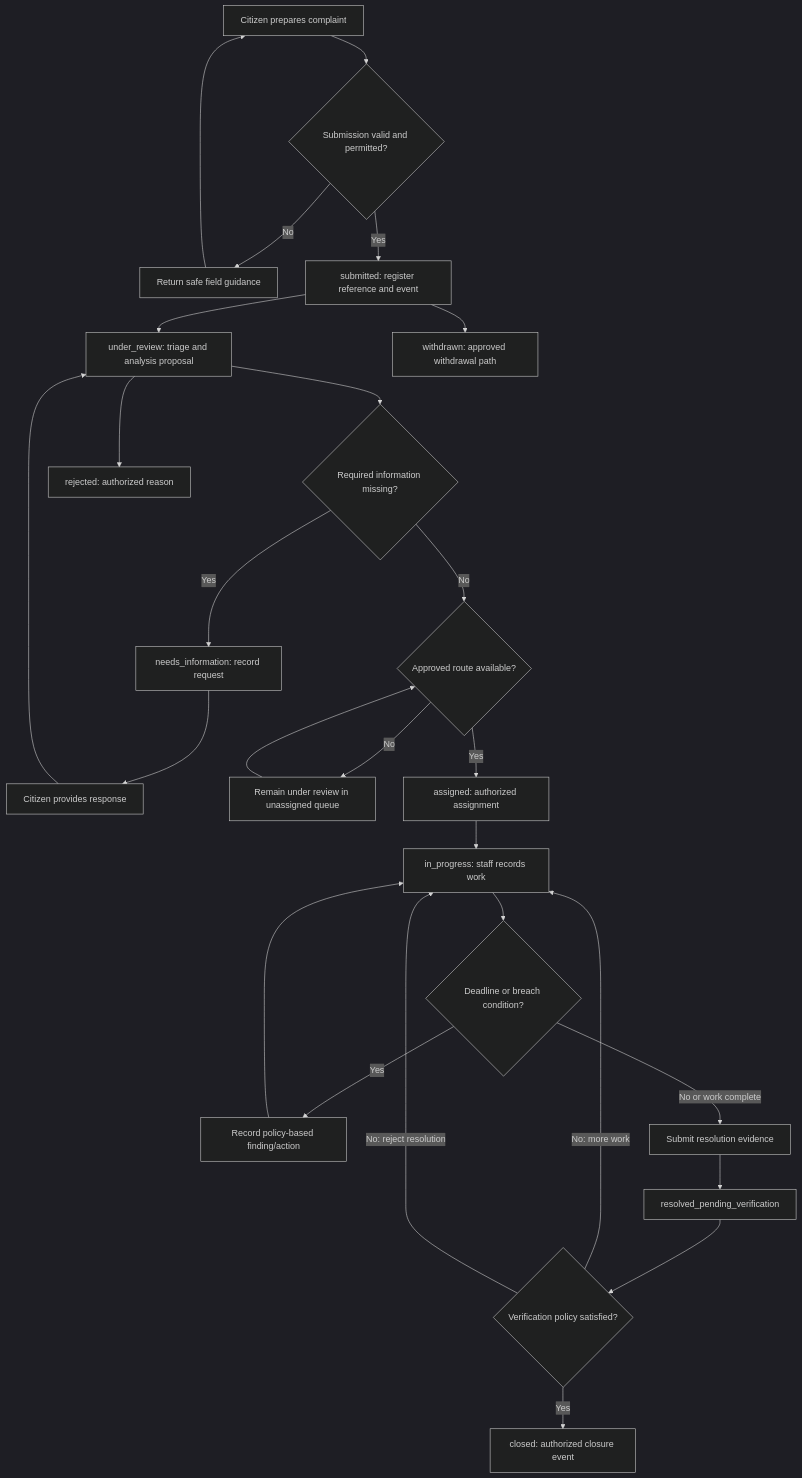
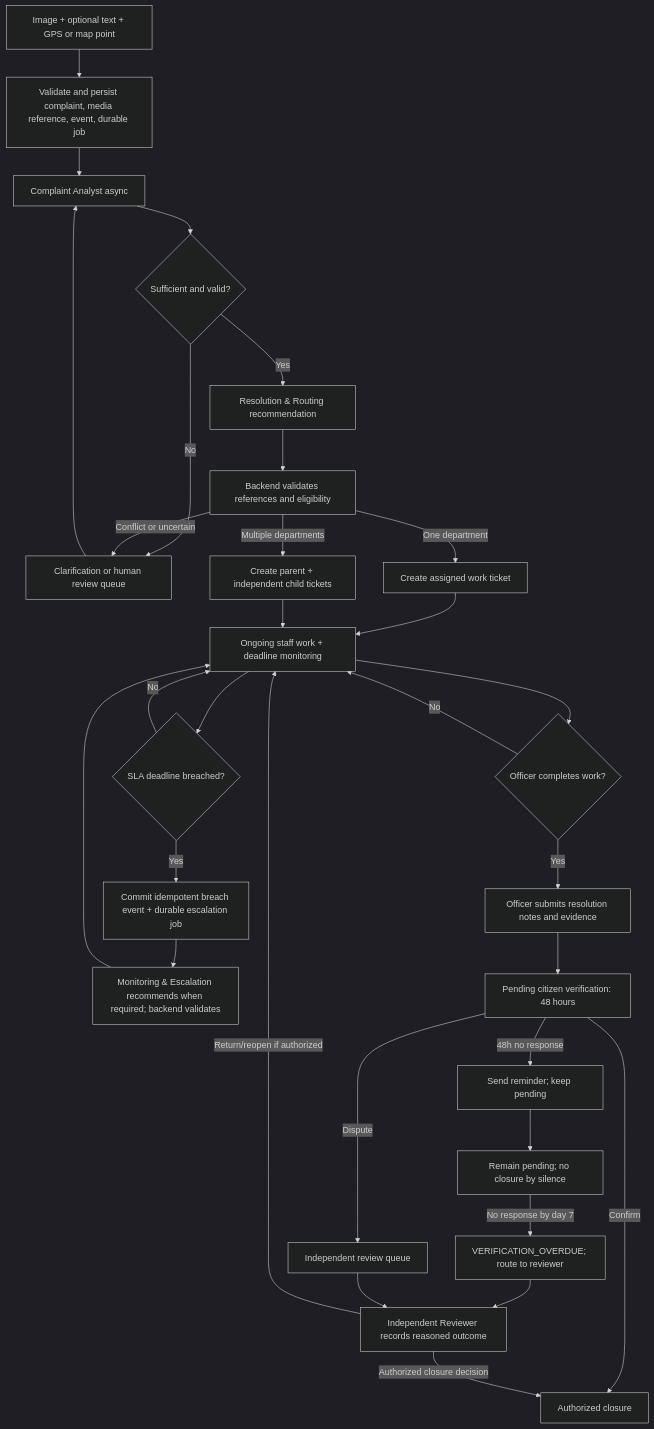
Before and after one commit to rachitkumargupta/SamadhanAi: the diagram in docs/architecture/complaint-lifecycle.md, drawn with Mermaid (dark theme). The commit also changed other lines of this file and 21 other files, not shown here.

````diff
--- a/docs/architecture/complaint-lifecycle.md
+++ b/docs/architecture/complaint-lifecycle.md
@@ -26,28 +30,33 @@
 ```mermaid
 flowchart TD
-    Draft[Citizen prepares complaint] --> Validate{Submission valid and permitted?}
-    Validate -->|No| Correct[Return safe field guidance]
-    Correct --> Draft
-    Validate -->|Yes| Submitted[submitted: register reference and event]
-    Submitted --> Triage[under_review: triage and analysis proposal]
-    Triage --> Info{Required information missing?}
-    Info -->|Yes| Needs[needs_information: record request]
-    Needs --> Response[Citizen provides response]
-    Response --> Triage
-    Info -->|No| Route{Approved route available?}
-    Route -->|No| Queue[Remain under review in unassigned queue]
-    Queue --> Route
-    Route -->|Yes| Assigned[assigned: authorized assignment]
-    Assigned --> Work[in_progress: staff records work]
-    Work --> Monitor{Deadline or breach condition?}
-    Monitor -->|Yes| Alert[Record policy-based finding/action]
-    Alert --> Work
-    Monitor -->|No or work complete| Evidence[Submit resolution evidence]
-    Evidence --> Pending[resolved_pending_verification]
-    Pending --> Verify{Verification policy satisfied?}
-    Verify -->|No: more work| Work
-    Verify -->|No: reject resolution| Work
-    Verify -->|Yes| Closed[closed: authorized closure event]
-    Triage --> Reject[rejected: authorized reason]
-    Submitted --> Withdraw[withdrawn: approved withdrawal path]
+  Submit[Image + optional text + GPS or map point] --> Persist[Validate and persist complaint, media reference, event, durable job]
+  Persist --> Analyst[Complaint Analyst async]
+  Analyst --> Review{Sufficient and valid?}
+  Review -->|No| Human[Clarification or human review queue]
+  Human --> Analyst
+  Review -->|Yes| Route[Resolution & Routing recommendation]
+  Route --> Validate[Backend validates references and eligibility]
+  Validate -->|Conflict or uncertain| Human
+  Validate -->|One department| Ticket[Create assigned work ticket]
+  Validate -->|Multiple departments| Children[Create parent + independent child tickets]
+  Ticket --> Work[Ongoing staff work + deadline monitoring]
+  Children --> Work
+  Work --> Breach{SLA deadline breached?}
+  Breach -->|Yes| BreachEvent[Commit idempotent breach event + durable escalation job]
+  BreachEvent --> Escalate[Monitoring & Escalation recommends when required; backend validates]
+  Escalate --> Work
+  Breach -->|No| Work
+  Work --> Resolution{Officer completes work?}
+  Resolution -->|No| Work
+  Resolution -->|Yes| Evidence[Officer submits resolution notes and evidence]
+  Evidence --> Verify[Pending citizen verification: 48 hours]
+  Verify -->|Confirm| Close[Authorized closure]
+  Verify -->|Dispute| Audit[Independent review queue]
+  Verify -->|48h no response| Remind[Send reminder; keep pending]
+  Remind --> Remain[Remain pending; no closure by silence]
+  Remain -->|No response by day 7| Overdue[VERIFICATION_OVERDUE; route to reviewer]
+  Overdue --> ReviewerDecision[Independent Reviewer records reasoned outcome]
+  ReviewerDecision -->|Authorized closure decision| Close
+  ReviewerDecision -->|Return/reopen if authorized| Work
+  Audit --> ReviewerDecision
 ```
````
